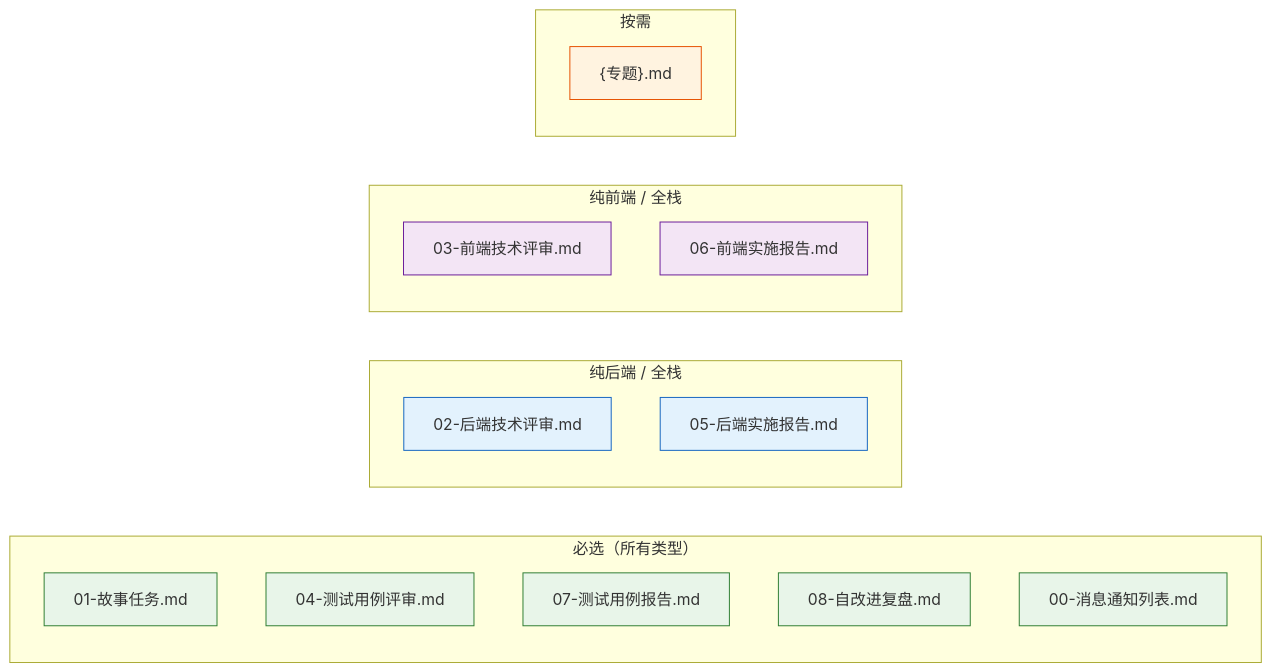
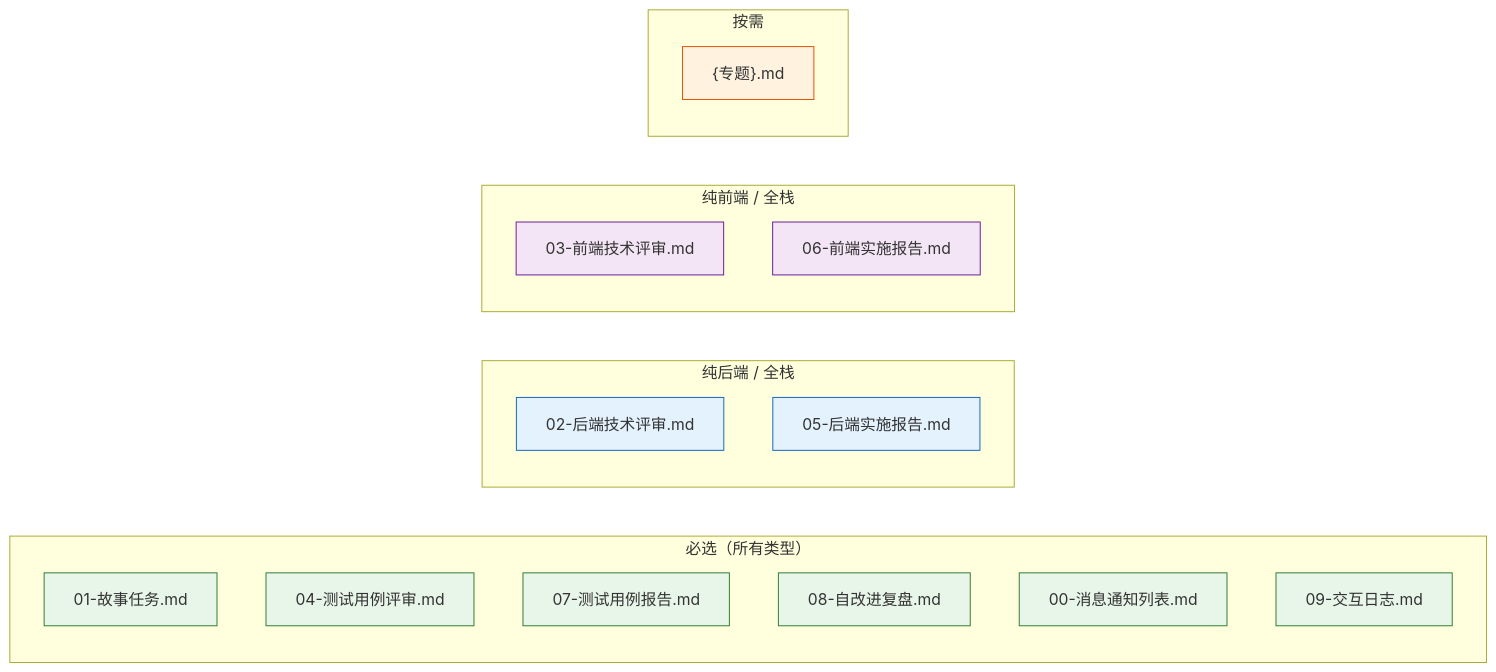
Before and after one commit to effiy/YrY: the first of 5 diagrams in skills/rui/coder.md, drawn with Mermaid. The commit also changed other lines of this file and 13 other files, not shown here.

````diff
--- a/skills/rui/coder.md
+++ b/skills/rui/coder.md
@@ -18,26 +18,27 @@
 ```mermaid
 flowchart LR
     subgraph 必选["必选（所有类型）"]
         B1["01-故事任务.md"]:::must
         B2["04-测试用例评审.md"]:::must
         B3["07-测试用例报告.md"]:::must
         B4["08-自改进复盘.md"]:::must
         B5["00-消息通知列表.md"]:::must
+        B6["09-交互日志.md"]:::must
     end
     subgraph 后端["纯后端 / 全栈"]
         C1["02-后端技术评审.md"]:::be
         C2["05-后端实施报告.md"]:::be
     end
     subgraph 前端["纯前端 / 全栈"]
         D1["03-前端技术评审.md"]:::fe
         D2["06-前端实施报告.md"]:::fe
     end
     subgraph 补充["按需"]
         E1["{专题}.md"]:::supp
     end
 
     classDef must fill:#e8f5e9,stroke:#2e7d32;
     classDef be fill:#e3f2fd,stroke:#1565c0;
     classDef fe fill:#f3e5f5,stroke:#6a1b9a;
     classDef supp fill:#fff3e0,stroke:#e65100;
 ```
````
